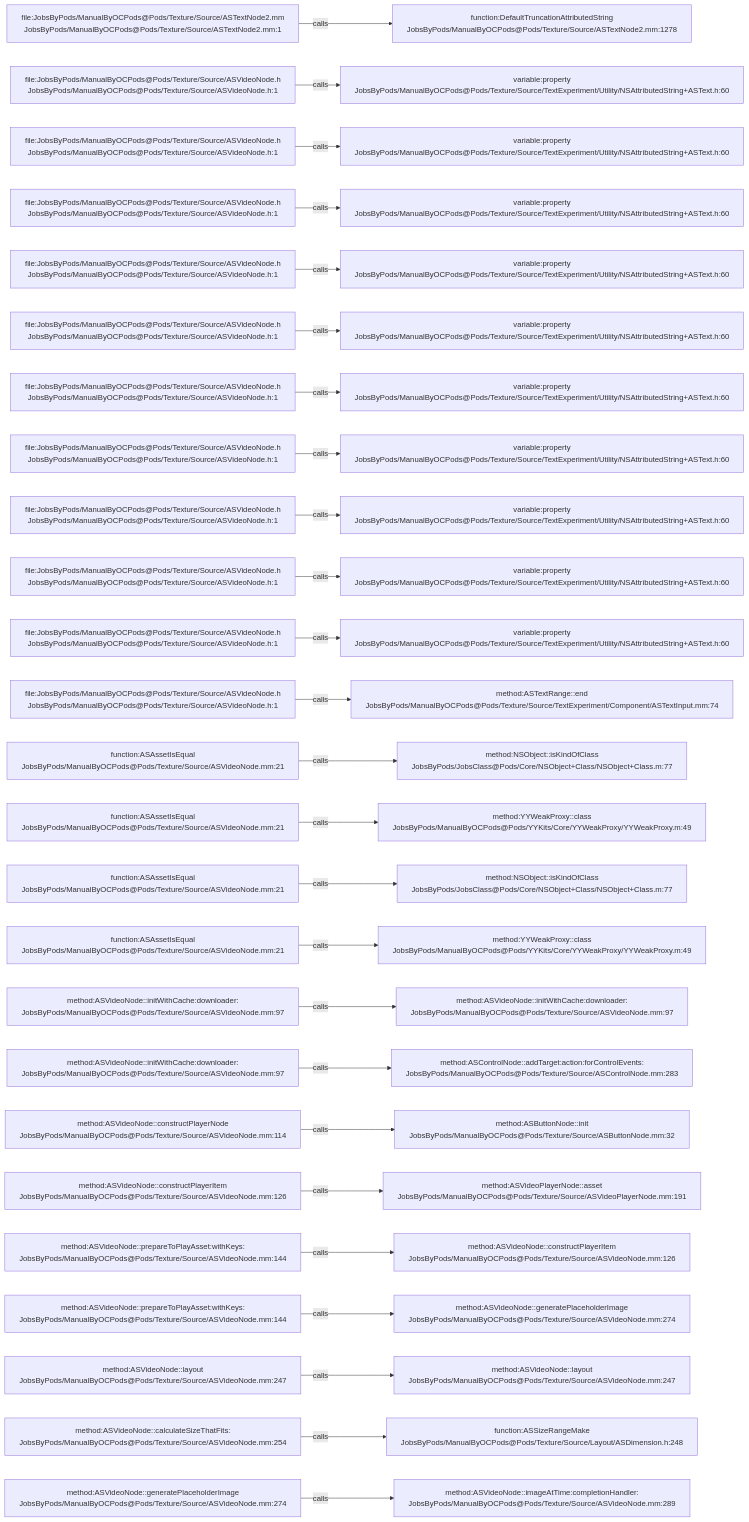
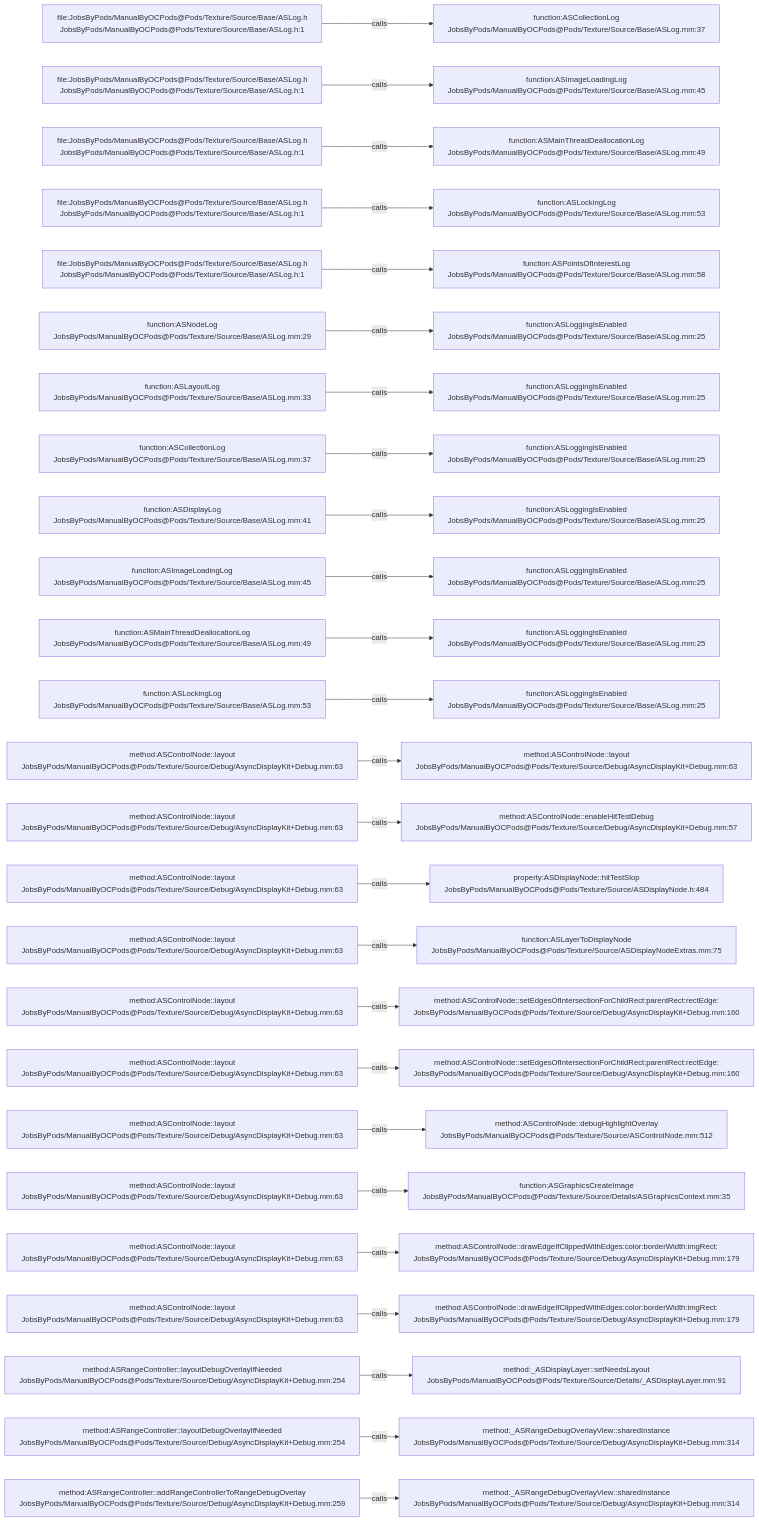
The diagram in .codegraph/codegraph.md/graphs/calls-140.md (JobsKits/JobsOCBaseConfigDemo), drawn with Mermaid before and after one commit. The commit also changed 1448 other files, not shown here.

````diff
--- a/.codegraph/codegraph.md/graphs/calls-140.md
+++ b/.codegraph/codegraph.md/graphs/calls-140.md
@@ -13,78 +13,78 @@
 ```mermaid
 flowchart LR
-  S1["file:JobsByPods/ManualByOCPods@Pods/Texture/Source/ASTextNode2.mm<br/>JobsByPods/ManualByOCPods@Pods/Texture/Source/ASTextNode2.mm:1"]
-  T1["function:DefaultTruncationAttributedString<br/>JobsByPods/ManualByOCPods@Pods/Texture/Source/ASTextNode2.mm:1278"]
+  S1["file:JobsByPods/ManualByOCPods@Pods/Texture/Source/Base/ASLog.h<br/>JobsByPods/ManualByOCPods@Pods/Texture/Source/Base/ASLog.h:1"]
+  T1["function:ASCollectionLog<br/>JobsByPods/ManualByOCPods@Pods/Texture/Source/Base/ASLog.mm:37"]
   S1 -->|calls| T1
-  S2["file:JobsByPods/ManualByOCPods@Pods/Texture/Source/ASVideoNode.h<br/>JobsByPods/ManualByOCPods@Pods/Texture/Source/ASVideoNode.h:1"]
-  T2["variable:property<br/>JobsByPods/ManualByOCPods@Pods/Texture/Source/TextExperiment/Utility/NSAttributedString+ASText.h:60"]
+  S2["file:JobsByPods/ManualByOCPods@Pods/Texture/Source/Base/ASLog.h<br/>JobsByPods/ManualByOCPods@Pods/Texture/Source/Base/ASLog.h:1"]
+  T2["function:ASImageLoadingLog<br/>JobsByPods/ManualByOCPods@Pods/Texture/Source/Base/ASLog.mm:45"]
   S2 -->|calls| T2
-  S3["file:JobsByPods/ManualByOCPods@Pods/Texture/Source/ASVideoNode.h<br/>JobsByPods/ManualByOCPods@Pods/Texture/Source/ASVideoNode.h:1"]
-  T3["variable:property<br/>JobsByPods/ManualByOCPods@Pods/Texture/Source/TextExperiment/Utility/NSAttributedString+ASText.h:60"]
+  S3["file:JobsByPods/ManualByOCPods@Pods/Texture/Source/Base/ASLog.h<br/>JobsByPods/ManualByOCPods@Pods/Texture/Source/Base/ASLog.h:1"]
+  T3["function:ASMainThreadDeallocationLog<br/>JobsByPods/ManualByOCPods@Pods/Texture/Source/Base/ASLog.mm:49"]
   S3 -->|calls| T3
-  S4["file:JobsByPods/ManualByOCPods@Pods/Texture/Source/ASVideoNode.h<br/>JobsByPods/ManualByOCPods@Pods/Texture/Source/ASVideoNode.h:1"]
-  T4["variable:property<br/>JobsByPods/ManualByOCPods@Pods/Texture/Source/TextExperiment/Utility/NSAttributedString+ASText.h:60"]
+  S4["file:JobsByPods/ManualByOCPods@Pods/Texture/Source/Base/ASLog.h<br/>JobsByPods/ManualByOCPods@Pods/Texture/Source/Base/ASLog.h:1"]
+  T4["function:ASLockingLog<br/>JobsByPods/ManualByOCPods@Pods/Texture/Source/Base/ASLog.mm:53"]
   S4 -->|calls| T4
-  S5["file:JobsByPods/ManualByOCPods@Pods/Texture/Source/ASVideoNode.h<br/>JobsByPods/ManualByOCPods@Pods/Texture/Source/ASVideoNode.h:1"]
-  T5["variable:property<br/>JobsByPods/ManualByOCPods@Pods/Texture/Source/TextExperiment/Utility/NSAttributedString+ASText.h:60"]
+  S5["file:JobsByPods/ManualByOCPods@Pods/Texture/Source/Base/ASLog.h<br/>JobsByPods/ManualByOCPods@Pods/Texture/Source/Base/ASLog.h:1"]
+  T5["function:ASPointsOfInterestLog<br/>JobsByPods/ManualByOCPods@Pods/Texture/Source/Base/ASLog.mm:58"]
   S5 -->|calls| T5
-  S6["file:JobsByPods/ManualByOCPods@Pods/Texture/Source/ASVideoNode.h<br/>JobsByPods/ManualByOCPods@Pods/Texture/Source/ASVideoNode.h:1"]
-  T6["variable:property<br/>JobsByPods/ManualByOCPods@Pods/Texture/Source/TextExperiment/Utility/NSAttributedString+ASText.h:60"]
+  S6["function:ASNodeLog<br/>JobsByPods/ManualByOCPods@Pods/Texture/Source/Base/ASLog.mm:29"]
+  T6["function:ASLoggingIsEnabled<br/>JobsByPods/ManualByOCPods@Pods/Texture/Source/Base/ASLog.mm:25"]
   S6 -->|calls| T6
-  S7["file:JobsByPods/ManualByOCPods@Pods/Texture/Source/ASVideoNode.h<br/>JobsByPods/ManualByOCPods@Pods/Texture/Source/ASVideoNode.h:1"]
-  T7["variable:property<br/>JobsByPods/ManualByOCPods@Pods/Texture/Source/TextExperiment/Utility/NSAttributedString+ASText.h:60"]
+  S7["function:ASLayoutLog<br/>JobsByPods/ManualByOCPods@Pods/Texture/Source/Base/ASLog.mm:33"]
+  T7["function:ASLoggingIsEnabled<br/>JobsByPods/ManualByOCPods@Pods/Texture/Source/Base/ASLog.mm:25"]
   S7 -->|calls| T7
-  S8["file:JobsByPods/ManualByOCPods@Pods/Texture/Source/ASVideoNode.h<br/>JobsByPods/ManualByOCPods@Pods/Texture/Source/ASVideoNode.h:1"]
-  T8["variable:property<br/>JobsByPods/ManualByOCPods@Pods/Texture/Source/TextExperiment/Utility/NSAttributedString+ASText.h:60"]
+  S8["function:ASCollectionLog<br/>JobsByPods/ManualByOCPods@Pods/Texture/Source/Base/ASLog.mm:37"]
+  T8["function:ASLoggingIsEnabled<br/>JobsByPods/ManualByOCPods@Pods/Texture/Source/Base/ASLog.mm:25"]
   S8 -->|calls| T8
-  S9["file:JobsByPods/ManualByOCPods@Pods/Texture/Source/ASVideoNode.h<br/>JobsByPods/ManualByOCPods@Pods/Texture/Source/ASVideoNode.h:1"]
-  T9["variable:property<br/>JobsByPods/ManualByOCPods@Pods/Texture/Source/TextExperiment/Utility/NSAttributedString+ASText.h:60"]
+  S9["function:ASDisplayLog<br/>JobsByPods/ManualByOCPods@Pods/Texture/Source/Base/ASLog.mm:41"]
+  T9["function:ASLoggingIsEnabled<br/>JobsByPods/ManualByOCPods@Pods/Texture/Source/Base/ASLog.mm:25"]
   S9 -->|calls| T9
-  S10["file:JobsByPods/ManualByOCPods@Pods/Texture/Source/ASVideoNode.h<br/>JobsByPods/ManualByOCPods@Pods/Texture/Source/ASVideoNode.h:1"]
-  T10["variable:property<br/>JobsByPods/ManualByOCPods@Pods/Texture/Source/TextExperiment/Utility/NSAttributedString+ASText.h:60"]
+  S10["function:ASImageLoadingLog<br/>JobsByPods/ManualByOCPods@Pods/Texture/Source/Base/ASLog.mm:45"]
+  T10["function:ASLoggingIsEnabled<br/>JobsByPods/ManualByOCPods@Pods/Texture/Source/Base/ASLog.mm:25"]
   S10 -->|calls| T10
-  S11["file:JobsByPods/ManualByOCPods@Pods/Texture/Source/ASVideoNode.h<br/>JobsByPods/ManualByOCPods@Pods/Texture/Source/ASVideoNode.h:1"]
-  T11["variable:property<br/>JobsByPods/ManualByOCPods@Pods/Texture/Source/TextExperiment/Utility/NSAttributedString+ASText.h:60"]
+  S11["function:ASMainThreadDeallocationLog<br/>JobsByPods/ManualByOCPods@Pods/Texture/Source/Base/ASLog.mm:49"]
+  T11["function:ASLoggingIsEnabled<br/>JobsByPods/ManualByOCPods@Pods/Texture/Source/Base/ASLog.mm:25"]
   S11 -->|calls| T11
-  S12["file:JobsByPods/ManualByOCPods@Pods/Texture/Source/ASVideoNode.h<br/>JobsByPods/ManualByOCPods@Pods/Texture/Source/ASVideoNode.h:1"]
-  T12["method:ASTextRange::end<br/>JobsByPods/ManualByOCPods@Pods/Texture/Source/TextExperiment/Component/ASTextInput.mm:74"]
+  S12["function:ASLockingLog<br/>JobsByPods/ManualByOCPods@Pods/Texture/Source/Base/ASLog.mm:53"]
+  T12["function:ASLoggingIsEnabled<br/>JobsByPods/ManualByOCPods@Pods/Texture/Source/Base/ASLog.mm:25"]
   S12 -->|calls| T12
-  S13["function:ASAssetIsEqual<br/>JobsByPods/ManualByOCPods@Pods/Texture/Source/ASVideoNode.mm:21"]
-  T13["method:NSObject::isKindOfClass<br/>JobsByPods/JobsClass@Pods/Core/NSObject+Class/NSObject+Class.m:77"]
+  S13["method:ASControlNode::layout<br/>JobsByPods/ManualByOCPods@Pods/Texture/Source/Debug/AsyncDisplayKit+Debug.mm:63"]
+  T13["method:ASControlNode::layout<br/>JobsByPods/ManualByOCPods@Pods/Texture/Source/Debug/AsyncDisplayKit+Debug.mm:63"]
   S13 -->|calls| T13
-  S14["function:ASAssetIsEqual<br/>JobsByPods/ManualByOCPods@Pods/Texture/Source/ASVideoNode.mm:21"]
-  T14["method:YYWeakProxy::class<br/>JobsByPods/ManualByOCPods@Pods/YYKits/Core/YYWeakProxy/YYWeakProxy.m:49"]
+  S14["method:ASControlNode::layout<br/>JobsByPods/ManualByOCPods@Pods/Texture/Source/Debug/AsyncDisplayKit+Debug.mm:63"]
+  T14["method:ASControlNode::enableHitTestDebug<br/>JobsByPods/ManualByOCPods@Pods/Texture/Source/Debug/AsyncDisplayKit+Debug.mm:57"]
   S14 -->|calls| T14
-  S15["function:ASAssetIsEqual<br/>JobsByPods/ManualByOCPods@Pods/Texture/Source/ASVideoNode.mm:21"]
-  T15["method:NSObject::isKindOfClass<br/>JobsByPods/JobsClass@Pods/Core/NSObject+Class/NSObject+Class.m:77"]
+  S15["method:ASControlNode::layout<br/>JobsByPods/ManualByOCPods@Pods/Texture/Source/Debug/AsyncDisplayKit+Debug.mm:63"]
+  T15["property:ASDisplayNode::hitTestSlop<br/>JobsByPods/ManualByOCPods@Pods/Texture/Source/ASDisplayNode.h:484"]
   S15 -->|calls| T15
-  S16["function:ASAssetIsEqual<br/>JobsByPods/ManualByOCPods@Pods/Texture/Source/ASVideoNode.mm:21"]
-  T16["method:YYWeakProxy::class<br/>JobsByPods/ManualByOCPods@Pods/YYKits/Core/YYWeakProxy/YYWeakProxy.m:49"]
+  S16["method:ASControlNode::layout<br/>JobsByPods/ManualByOCPods@Pods/Texture/Source/Debug/AsyncDisplayKit+Debug.mm:63"]
+  T16["function:ASLayerToDisplayNode<br/>JobsByPods/ManualByOCPods@Pods/Texture/Source/ASDisplayNodeExtras.mm:75"]
   S16 -->|calls| T16
-  S17["method:ASVideoNode::initWithCache:downloader:<br/>JobsByPods/ManualByOCPods@Pods/Texture/Source/ASVideoNode.mm:97"]
-  T17["method:ASVideoNode::initWithCache:downloader:<br/>JobsByPods/ManualByOCPods@Pods/Texture/Source/ASVideoNode.mm:97"]
+  S17["method:ASControlNode::layout<br/>JobsByPods/ManualByOCPods@Pods/Texture/Source/Debug/AsyncDisplayKit+Debug.mm:63"]
+  T17["method:ASControlNode::setEdgesOfIntersectionForChildRect:parentRect:rectEdge:<br/>JobsByPods/ManualByOCPods@Pods/Texture/Source/Debug/AsyncDisplayKit+Debug.mm:160"]
   S17 -->|calls| T17
-  S18["method:ASVideoNode::initWithCache:downloader:<br/>JobsByPods/ManualByOCPods@Pods/Texture/Source/ASVideoNode.mm:97"]
-  T18["method:ASControlNode::addTarget:action:forControlEvents:<br/>JobsByPods/ManualByOCPods@Pods/Texture/Source/ASControlNode.mm:283"]
+  S18["method:ASControlNode::layout<br/>JobsByPods/ManualByOCPods@Pods/Texture/Source/Debug/AsyncDisplayKit+Debug.mm:63"]
+  T18["method:ASControlNode::setEdgesOfIntersectionForChildRect:parentRect:rectEdge:<br/>JobsByPods/ManualByOCPods@Pods/Texture/Source/Debug/AsyncDisplayKit+Debug.mm:160"]
   S18 -->|calls| T18
-  S19["method:ASVideoNode::constructPlayerNode<br/>JobsByPods/ManualByOCPods@Pods/Texture/Source/ASVideoNode.mm:114"]
-  T19["method:ASButtonNode::init<br/>JobsByPods/ManualByOCPods@Pods/Texture/Source/ASButtonNode.mm:32"]
+  S19["method:ASControlNode::layout<br/>JobsByPods/ManualByOCPods@Pods/Texture/Source/Debug/AsyncDisplayKit+Debug.mm:63"]
+  T19["method:ASControlNode::debugHighlightOverlay<br/>JobsByPods/ManualByOCPods@Pods/Texture/Source/ASControlNode.mm:512"]
   S19 -->|calls| T19
-  S20["method:ASVideoNode::constructPlayerItem<br/>JobsByPods/ManualByOCPods@Pods/Texture/Source/ASVideoNode.mm:126"]
-  T20["method:ASVideoPlayerNode::asset<br/>JobsByPods/ManualByOCPods@Pods/Texture/Source/ASVideoPlayerNode.mm:191"]
+  S20["method:ASControlNode::layout<br/>JobsByPods/ManualByOCPods@Pods/Texture/Source/Debug/AsyncDisplayKit+Debug.mm:63"]
+  T20["function:ASGraphicsCreateImage<br/>JobsByPods/ManualByOCPods@Pods/Texture/Source/Details/ASGraphicsContext.mm:35"]
   S20 -->|calls| T20
-  S21["method:ASVideoNode::prepareToPlayAsset:withKeys:<br/>JobsByPods/ManualByOCPods@Pods/Texture/Source/ASVideoNode.mm:144"]
-  T21["method:ASVideoNode::constructPlayerItem<br/>JobsByPods/ManualByOCPods@Pods/Texture/Source/ASVideoNode.mm:126"]
+  S21["method:ASControlNode::layout<br/>JobsByPods/ManualByOCPods@Pods/Texture/Source/Debug/AsyncDisplayKit+Debug.mm:63"]
+  T21["method:ASControlNode::drawEdgeIfClippedWithEdges:color:borderWidth:imgRect:<br/>JobsByPods/ManualByOCPods@Pods/Texture/Source/Debug/AsyncDisplayKit+Debug.mm:179"]
   S21 -->|calls| T21
-  S22["method:ASVideoNode::prepareToPlayAsset:withKeys:<br/>JobsByPods/ManualByOCPods@Pods/Texture/Source/ASVideoNode.mm:144"]
-  T22["method:ASVideoNode::generatePlaceholderImage<br/>JobsByPods/ManualByOCPods@Pods/Texture/Source/ASVideoNode.mm:274"]
+  S22["method:ASControlNode::layout<br/>JobsByPods/ManualByOCPods@Pods/Texture/Source/Debug/AsyncDisplayKit+Debug.mm:63"]
+  T22["method:ASControlNode::drawEdgeIfClippedWithEdges:color:borderWidth:imgRect:<br/>JobsByPods/ManualByOCPods@Pods/Texture/Source/Debug/AsyncDisplayKit+Debug.mm:179"]
   S22 -->|calls| T22
-  S23["method:ASVideoNode::layout<br/>JobsByPods/ManualByOCPods@Pods/Texture/Source/ASVideoNode.mm:247"]
-  T23["method:ASVideoNode::layout<br/>JobsByPods/ManualByOCPods@Pods/Texture/Source/ASVideoNode.mm:247"]
+  S23["method:ASRangeController::layoutDebugOverlayIfNeeded<br/>JobsByPods/ManualByOCPods@Pods/Texture/Source/Debug/AsyncDisplayKit+Debug.mm:254"]
+  T23["method:_ASDisplayLayer::setNeedsLayout<br/>JobsByPods/ManualByOCPods@Pods/Texture/Source/Details/_ASDisplayLayer.mm:91"]
   S23 -->|calls| T23
-  S24["method:ASVideoNode::calculateSizeThatFits:<br/>JobsByPods/ManualByOCPods@Pods/Texture/Source/ASVideoNode.mm:254"]
-  T24["function:ASSizeRangeMake<br/>JobsByPods/ManualByOCPods@Pods/Texture/Source/Layout/ASDimension.h:248"]
+  S24["method:ASRangeController::layoutDebugOverlayIfNeeded<br/>JobsByPods/ManualByOCPods@Pods/Texture/Source/Debug/AsyncDisplayKit+Debug.mm:254"]
+  T24["method:_ASRangeDebugOverlayView::sharedInstance<br/>JobsByPods/ManualByOCPods@Pods/Texture/Source/Debug/AsyncDisplayKit+Debug.mm:314"]
   S24 -->|calls| T24
-  S25["method:ASVideoNode::generatePlaceholderImage<br/>JobsByPods/ManualByOCPods@Pods/Texture/Source/ASVideoNode.mm:274"]
-  T25["method:ASVideoNode::imageAtTime:completionHandler:<br/>JobsByPods/ManualByOCPods@Pods/Texture/Source/ASVideoNode.mm:289"]
+  S25["method:ASRangeController::addRangeControllerToRangeDebugOverlay<br/>JobsByPods/ManualByOCPods@Pods/Texture/Source/Debug/AsyncDisplayKit+Debug.mm:259"]
+  T25["method:_ASRangeDebugOverlayView::sharedInstance<br/>JobsByPods/ManualByOCPods@Pods/Texture/Source/Debug/AsyncDisplayKit+Debug.mm:314"]
   S25 -->|calls| T25
 ```
````
